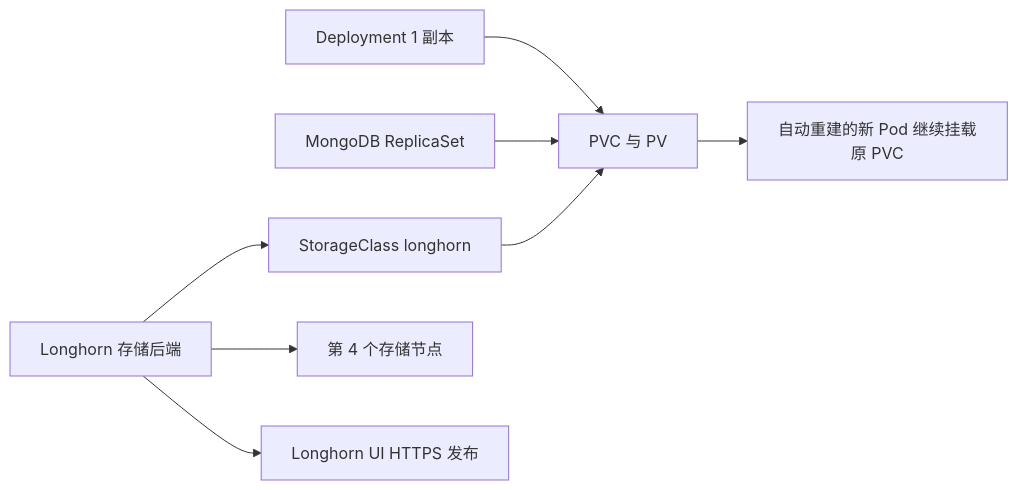
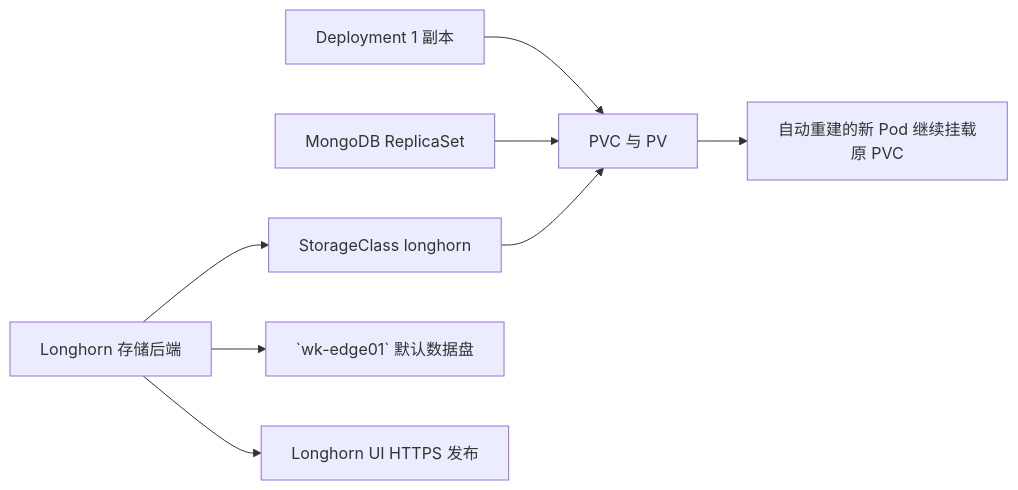
One commit to hwang-protocol/docker_k8s_2026 changed the diagram in k8s/04-storage-and-stateful/docs/10_verify.md. Above: the diagram before and after it, drawn with Mermaid. The commit also changed other lines of this file and 5 other files, not shown here.

````diff
--- a/k8s/04-storage-and-stateful/docs/10_verify.md
+++ b/k8s/04-storage-and-stateful/docs/10_verify.md
@@ -32,19 +32,19 @@
 ```mermaid
 flowchart LR
   ctrl[Deployment 1 副本]
   sts[MongoDB ReplicaSet]
   longhorn[Longhorn 存储后端]
   sc[StorageClass longhorn]
   pvc[PVC 与 PV]
   data[自动重建的新 Pod 继续挂载原 PVC]
-  expand[第 4 个存储节点]
+  expand[`wk-edge01` 默认数据盘]
   ui[Longhorn UI HTTPS 发布]
 
   ctrl --> pvc
   sts --> pvc
   longhorn --> sc
   sc --> pvc
   pvc --> data
   longhorn --> expand
   longhorn --> ui
 ```
````
